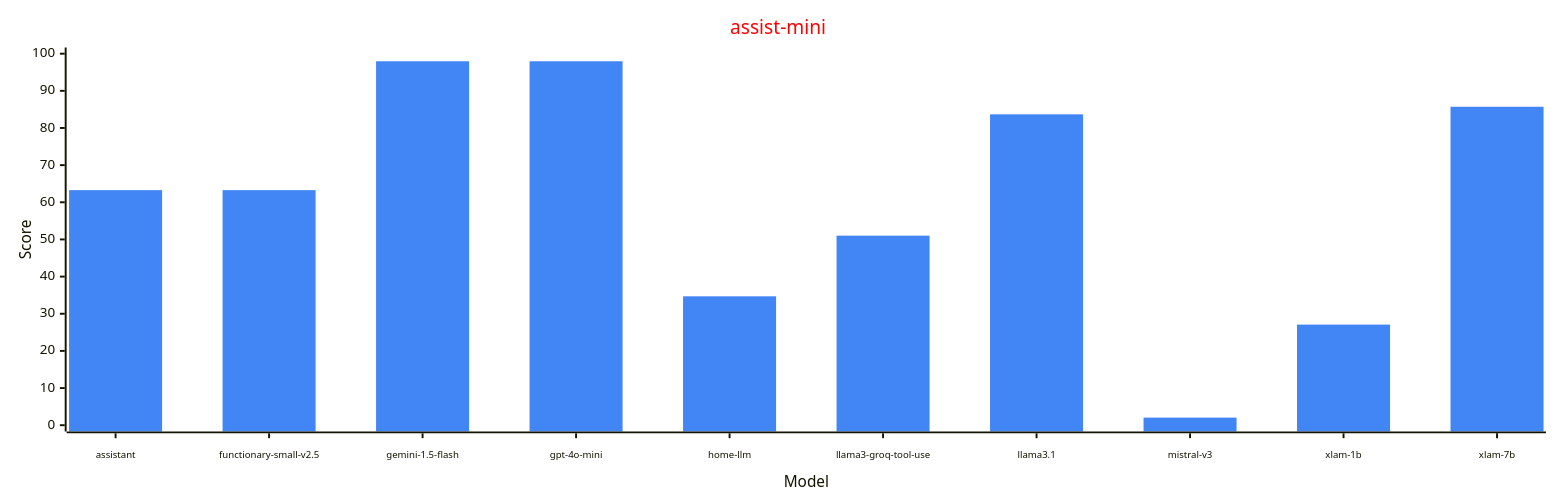
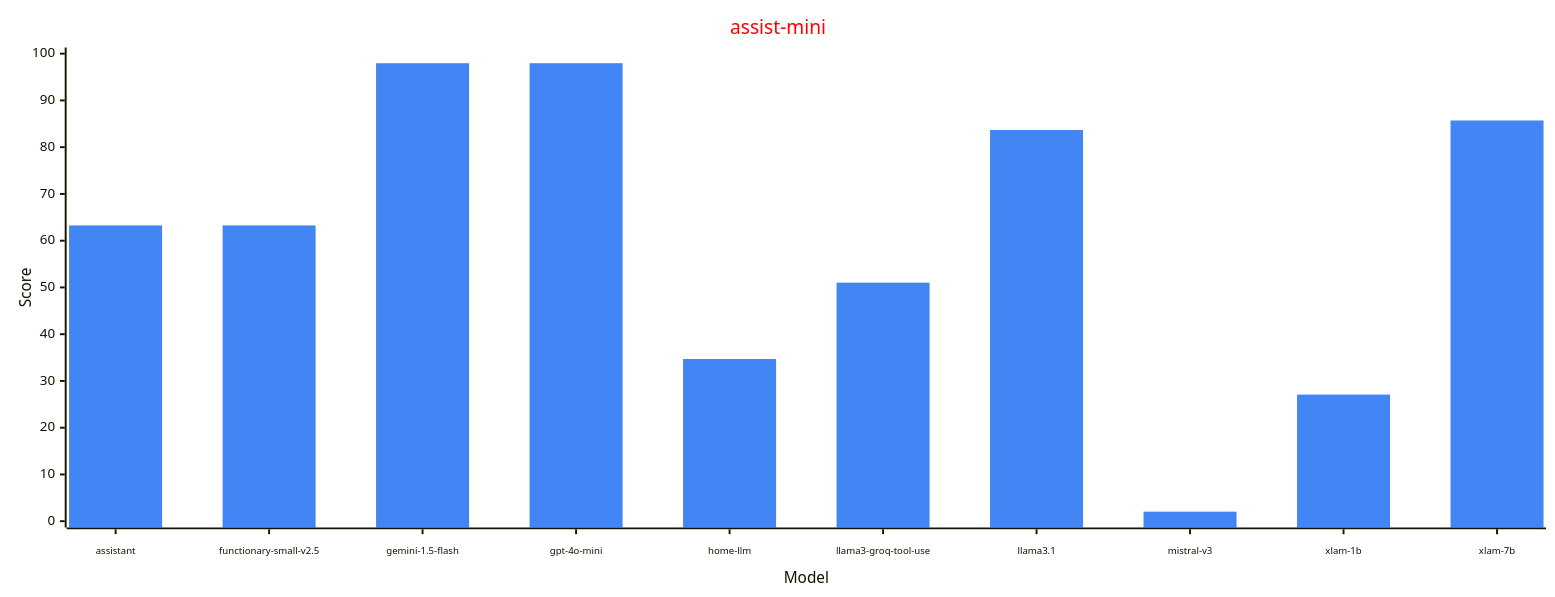
One commit to allenporter/home-assistant-datasets changed the second of 4 diagrams in reports/leaderboard.md. Above: the diagram before and after it, drawn with Mermaid. The commit also changed other lines of this file, not shown here.

Commit message:
Test single chart

````diff
--- a/reports/leaderboard.md
+++ b/reports/leaderboard.md
@@ -39,21 +39,21 @@
 ```mermaid
 ---
 config:
     xyChart:
         width: 1600
-        height: 500
+        height: 600
         xAxis:
           labelFontSize: 10
           labelPadding: 10
     themeVariables:
         xyChart:
             titleColor: "#ff0000"
             plotColorPalette: "#4285f4, #ea4335, #fbbc04, #34a853, #ff6d01, #46bdc6, #1155cc"
 
 ---
 xychart-beta
   title "assist-mini"
   x-axis "Model" [assistant, functionary-small-v2.5, gemini-1.5-flash, gpt-4o-mini, home-llm, llama3-groq-tool-use, llama3.1, mistral-v3, xlam-1b, xlam-7b]
   y-axis "Score" 0 --> 100
   bar [63.27, 63.27, 97.96, 97.96, 34.69, 51.02, 83.67, 2.04, 27.08, 85.71]
 ```
````
